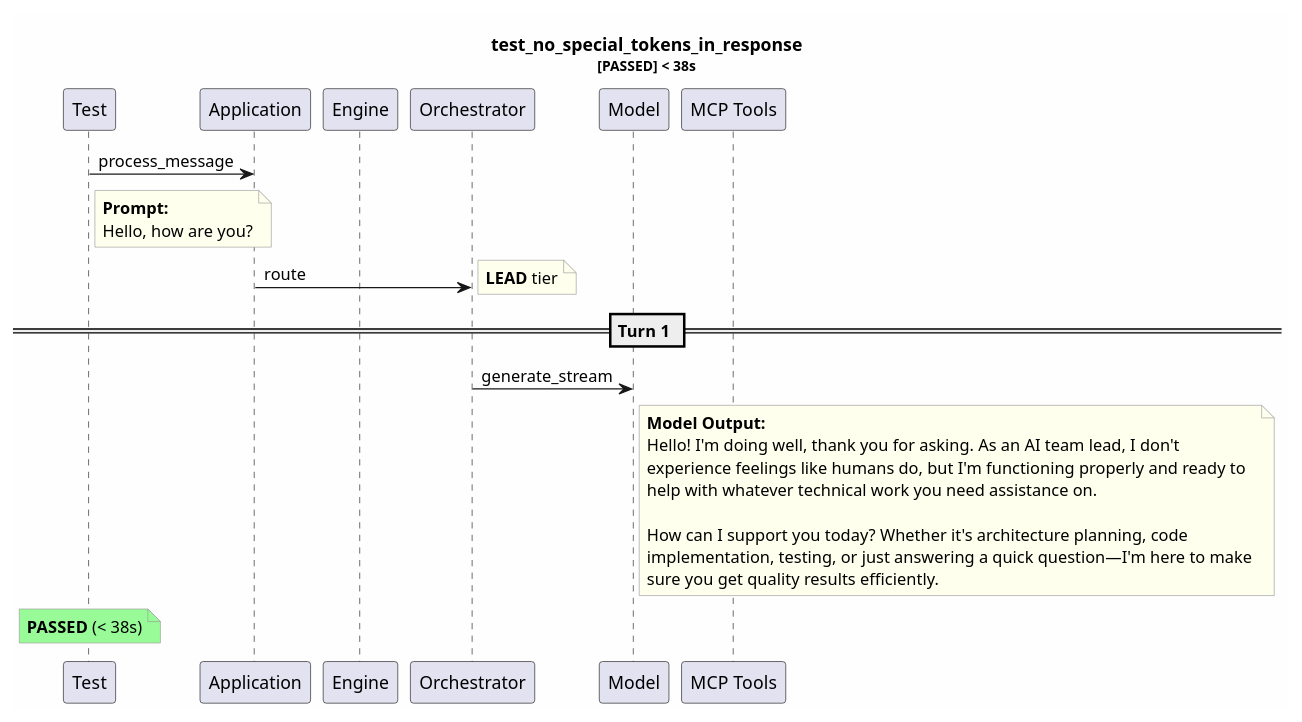
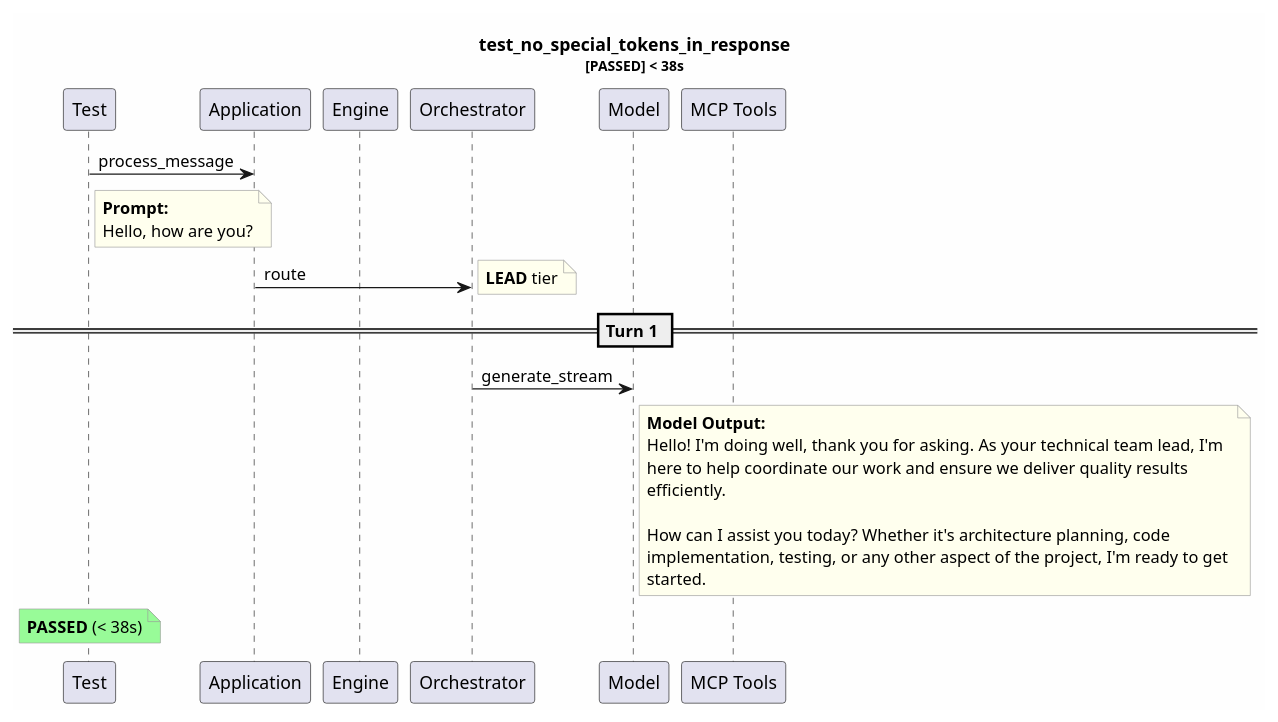
Before and after one commit to tvanfossen/entropic: the diagram in test-reports/logs/test_no_special_tokens_in_response/test_no_special_tokens_in_response.puml, drawn with PlantUML. The commit also changed 16 other files, not shown here.

```diff
--- a/test-reports/logs/test_no_special_tokens_in_response/test_no_special_tokens_in_response.puml
+++ b/test-reports/logs/test_no_special_tokens_in_response/test_no_special_tokens_in_response.puml
@@ -1,37 +1,37 @@
 @startuml
 skinparam backgroundColor #FEFEFE
 skinparam noteBorderColor #999999
 skinparam noteBackgroundColor #FFFFEE
 title test_no_special_tokens_in_response\n<size:11>[PASSED] < 38s</size>
 
 participant "Test" as T
 participant "Application" as App
 participant "Engine" as Eng
 participant "Orchestrator" as Orch
 participant "Model" as Mdl
 participant "MCP Tools" as MCP
 
 T -> App: process_message
 note right of T
   **Prompt:**
   Hello, how are you?
 end note
 App -> Orch: route
 note right: **LEAD** tier
 == Turn 1 ==
 Orch -> Mdl: generate_stream
 note right of Mdl
   **Model Output:**
-  Hello! I'm doing well, thank you for asking. As an AI team lead, I don't 
-  experience feelings like humans do, but I'm functioning properly and ready to 
-  help with whatever technical work you need assistance on.
+  Hello! I'm doing well, thank you for asking. As your technical team lead, I'm 
+  here to help coordinate our work and ensure we deliver quality results 
+  efficiently.
   
-  How can I support you today? Whether it's architecture planning, code 
-  implementation, testing, or just answering a quick question—I'm here to make 
-  sure you get quality results efficiently.
+  How can I assist you today? Whether it's architecture planning, code 
+  implementation, testing, or any other aspect of the project, I'm ready to get 
+  started.
 end note
 note over T #palegreen
   **PASSED** (< 38s)
 end note
 
 @enduml
```
